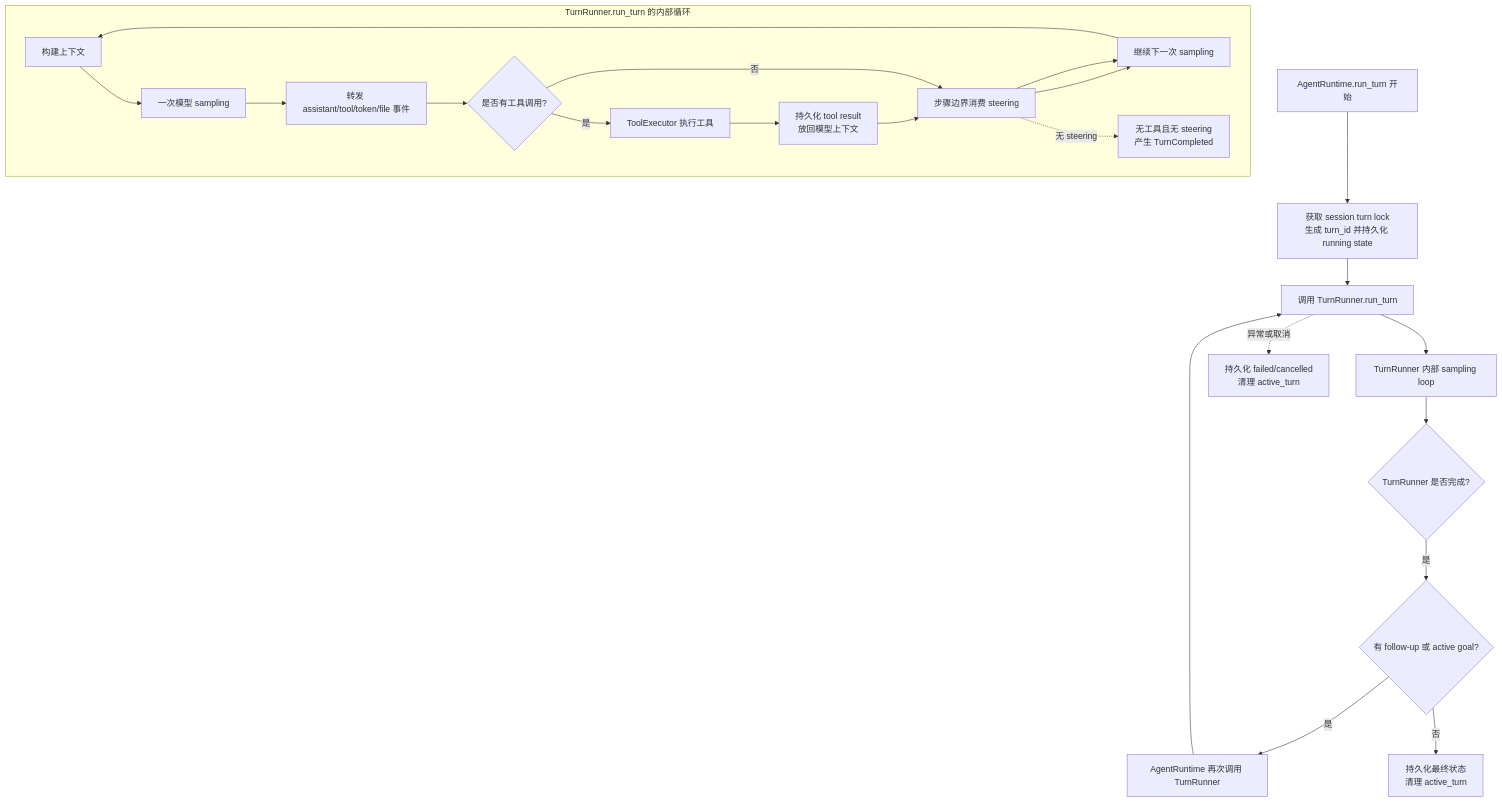
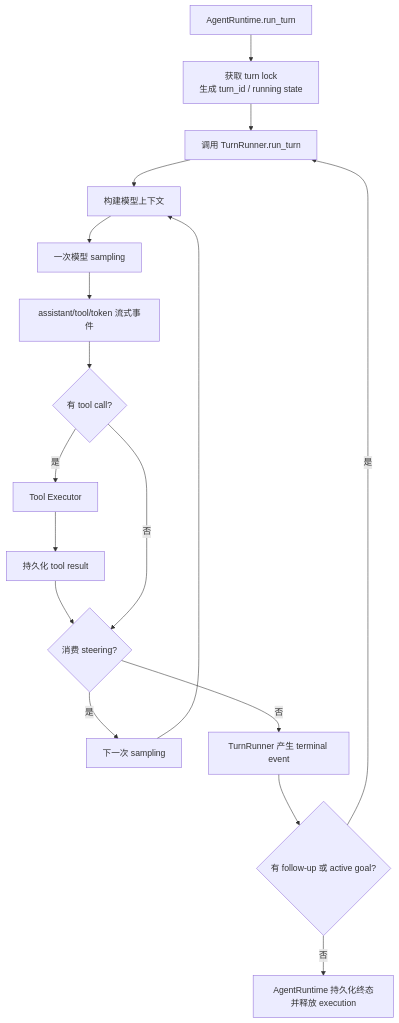
The fifth of 8 diagrams in docs/cli-turn-flow.md (Azzurroooo/rind), drawn with Mermaid before and after one commit. The commit also changed other lines of this file and 4 other files, not shown here.

````diff
--- a/docs/cli-turn-flow.md
+++ b/docs/cli-turn-flow.md
@@ -176,36 +217,26 @@
 ```mermaid
 flowchart TD
-    OUTER_START[AgentRuntime.run_turn 开始]
-    LOCK[获取 session turn lock\n生成 turn_id 并持久化 running state]
-    RUNNER[调用 TurnRunner.run_turn]
-    INNER[TurnRunner 内部 sampling loop]
-    TERMINAL{TurnRunner 是否完成?}
+    START[AgentRuntime.run_turn]
+    LOCK[获取 turn lock\n生成 turn_id / running state]
+    STEP[调用 TurnRunner.run_turn]
+    CONTEXT[构建模型上下文]
+    SAMPLE[一次模型 sampling]
+    STREAM[assistant/tool/token 流式事件]
+    TOOL{有 tool call?}
+    EXEC[Tool Executor]
+    RESULT[持久化 tool result]
+    STEER{消费 steering?}
+    NEXT[下一次 sampling]
+    STEP_DONE[TurnRunner 产生 terminal event]
     FOLLOW{有 follow-up 或 active goal?}
-    OUTER_CONTINUE[AgentRuntime 再次调用 TurnRunner]
-    DONE[持久化最终状态\n清理 active_turn]
-    FAIL[持久化 failed/cancelled\n清理 active_turn]
+    TURN_DONE[AgentRuntime 持久化终态并释放 execution]
 
-    OUTER_START --> LOCK --> RUNNER --> INNER --> TERMINAL
-    TERMINAL -- 是 --> FOLLOW
-    FOLLOW -- 是 --> OUTER_CONTINUE --> RUNNER
-    FOLLOW -- 否 --> DONE
-    RUNNER -. 异常或取消 .-> FAIL
-
-    subgraph INNER_LOOP[TurnRunner.run_turn 的内部循环]
-        CONTEXT[构建上下文]
-        SAMPLE[一次模型 sampling]
-        EVENTS[转发 assistant/tool/token/file 事件]
-        TOOLS{是否有工具调用?}
-        EXEC[ToolExecutor 执行工具]
-        RESULT[持久化 tool result\n放回模型上下文]
-        STEER[步骤边界消费 steering]
-        NEXT[继续下一次 sampling]
-        INNER_DONE[无工具且无 steering\n产生 TurnCompleted]
-
-        CONTEXT --> SAMPLE --> EVENTS --> TOOLS
-        TOOLS -- 是 --> EXEC --> RESULT --> STEER --> NEXT --> CONTEXT
-        TOOLS -- 否 --> STEER
-        STEER --> NEXT
-        STEER -. 无 steering .-> INNER_DONE
-    end
+    START --> LOCK --> STEP --> CONTEXT --> SAMPLE --> STREAM --> TOOL
+    TOOL -- 是 --> EXEC --> RESULT --> STEER
+    TOOL -- 否 --> STEER
+    STEER -- 是 --> NEXT --> CONTEXT
+    STEER -- 否 --> STEP_DONE
+    STEP_DONE --> FOLLOW
+    FOLLOW -- 是 --> STEP
+    FOLLOW -- 否 --> TURN_DONE
 ```
````
